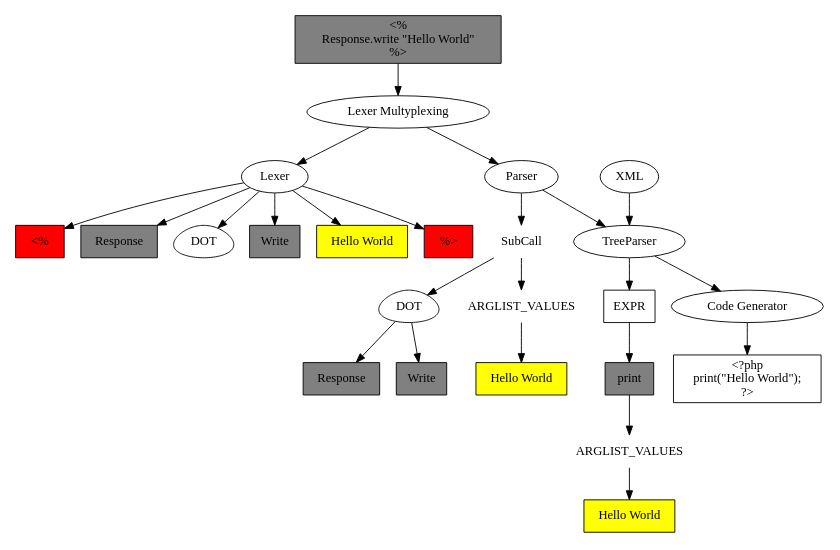
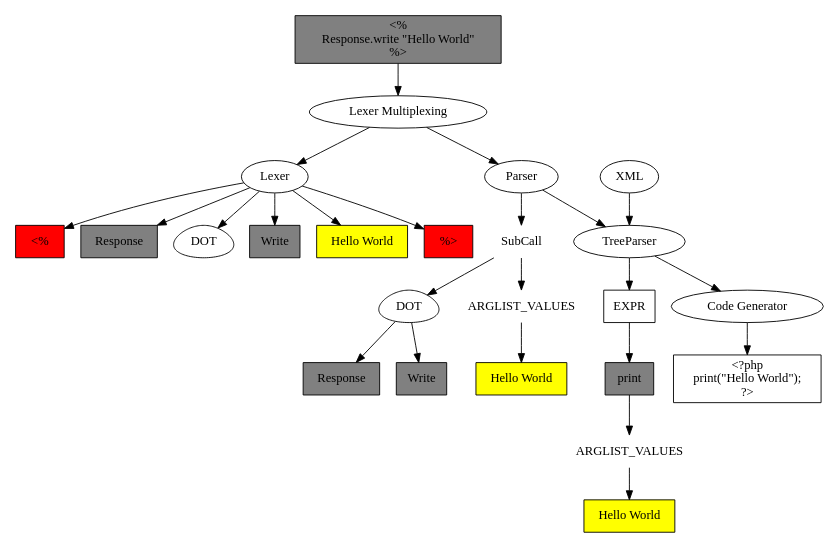
Before and after one commit to vehre/aspa_cscc: the diagram in doc/flow.dot, drawn with Graphviz. The commit also changed 24 other files, not shown here.

```diff
--- a/doc/flow.dot
+++ b/doc/flow.dot
@@ -1,38 +1,38 @@
 digraph flow {
         size = "6.8,11";
         ordering=out;
-        cmulty[label="Lexer Multyplexing"];
+        cmulty[label="Lexer Multiplexing"];
         asp-> cmulty -> lexer -> {ASP_START RESPONSE DOT WRITE HWORLD ASP_END};
         cmulty -> parser -> subcall -> dot -> {response write};
         subcall -> arg_list -> hworld;
         parser -> treeparser -> {expr codegen};
         XML -> treeparser;
         treeparser[label=TreeParser];
         expr -> print ->arg_list2 -> hworld2;
         codegen -> php;
         codegen[label="Code Generator"];
         php[label="<?php\nprint(\"Hello World\");\n?>", shape=box];
         asp [label="<%\nResponse.write \"Hello World\"\n%>", shape=box,
         fillcolor=gray, style=filled];
         lexer[label=Lexer];
         parser[label=Parser];
         RESPONSE[label=Response, fillcolor=gray, style=filled, shape=box];
         WRITE[label=Write, fillcolor=gray, style=filled, shape=box];
         DOT[shape=egg];
         HWORLD[label="Hello World", fillcolor=yellow, style=filled,
         shape=box];
         ASP_START[label="<%", fillcolor=red, style=filled, shape=box];
         ASP_END[label="%>", fillcolor=red, style=filled, shape=box];
         subcall[label=SubCall, shape=plaintext];
         dot[label=DOT, shape=egg];
         response[label=Response, fillcolor=gray, style=filled, shape=box];
         write [label=Write, fillcolor=gray, style=filled, shape=box];
         arg_list[label=ARGLIST_VALUES, shape=plaintext];
         hworld[label="Hello World", fillcolor=yellow, style=filled,
         shape=box];
         expr[label=EXPR, shape=box];
         print[style=filled, fillcolor=gray, shape=box];
         arg_list2[label=ARGLIST_VALUES, shape=plaintext];
         hworld2[label="Hello World", fillcolor=yellow, style=filled,
         shape=box];
 }
```
